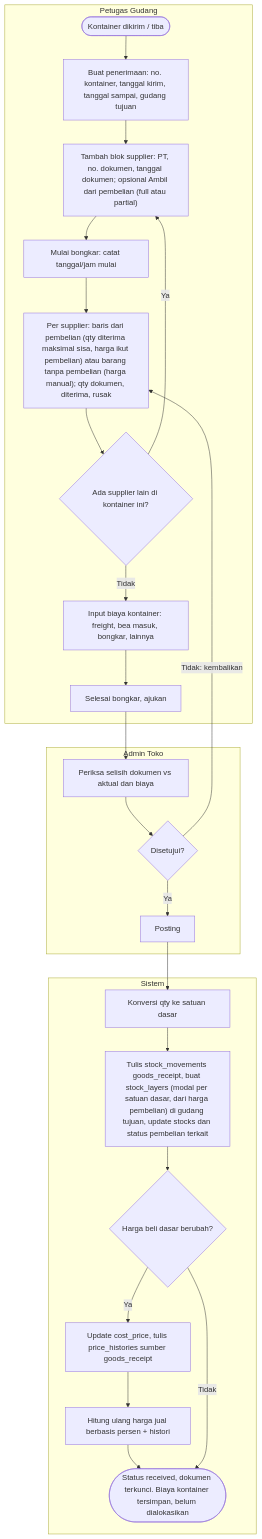
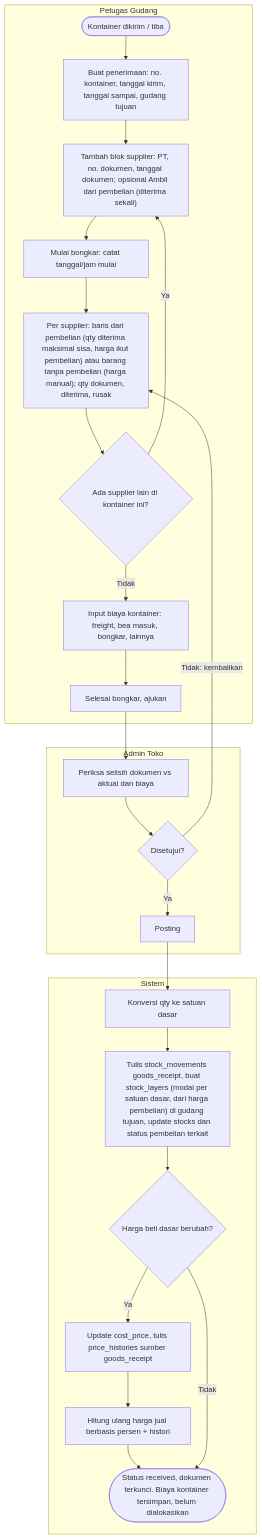
Before and after one commit to aliefpraditya/store-management: the sixth of 30 diagrams in docs/analisis-sistem.md, drawn with Mermaid. The commit also changed other lines of this file and 60 other files, not shown here.

First line of the commit message:
Add carriers, supplier details, purchase payment and a simpler purchase status flow

````diff
--- a/docs/analisis-sistem.md
+++ b/docs/analisis-sistem.md
@@ -537,31 +537,31 @@
 ```mermaid
 flowchart TD
     subgraph GD["Petugas Gudang"]
         G1(["Kontainer dikirim / tiba"]) --> G2["Buat penerimaan: no. kontainer, tanggal kirim, tanggal sampai, gudang tujuan"]
-        G2 --> G3["Tambah blok supplier: PT, no. dokumen, tanggal dokumen; opsional Ambil dari pembelian (full atau partial)"]
+        G2 --> G3["Tambah blok supplier: PT, no. dokumen, tanggal dokumen; opsional Ambil dari pembelian (diterima sekali)"]
         G3 --> G4["Mulai bongkar: catat tanggal/jam mulai"]
         G4 --> G5["Per supplier: baris dari pembelian (qty diterima maksimal sisa, harga ikut pembelian) atau barang tanpa pembelian (harga manual); qty dokumen, diterima, rusak"]
         G5 --> G6{"Ada supplier lain di kontainer ini?"}
         G6 -->|"Ya"| G3
         G6 -->|"Tidak"| G7["Input biaya kontainer: freight, bea masuk, bongkar, lainnya"]
         G7 --> G8["Selesai bongkar, ajukan"]
     end
     subgraph ADM["Admin Toko"]
         A1["Periksa selisih dokumen vs aktual dan biaya"]
         A2{"Disetujui?"}
         A3["Posting"]
     end
     subgraph SYS["Sistem"]
         S1["Konversi qty ke satuan dasar"]
         S2["Tulis stock_movements goods_receipt, buat stock_layers (modal per satuan dasar, dari harga pembelian) di gudang tujuan, update stocks dan status pembelian terkait"]
         S3{"Harga beli dasar berubah?"}
         S4["Update cost_price, tulis price_histories sumber goods_receipt"]
         S5["Hitung ulang harga jual berbasis persen + histori"]
         S6(["Status received, dokumen terkunci. Biaya kontainer tersimpan, belum dialokasikan"])
     end
     G8 --> A1 --> A2
     A2 -->|"Tidak: kembalikan"| G5
     A2 -->|"Ya"| A3 --> S1 --> S2 --> S3
     S3 -->|"Ya"| S4 --> S5 --> S6
     S3 -->|"Tidak"| S6
 ```
````
